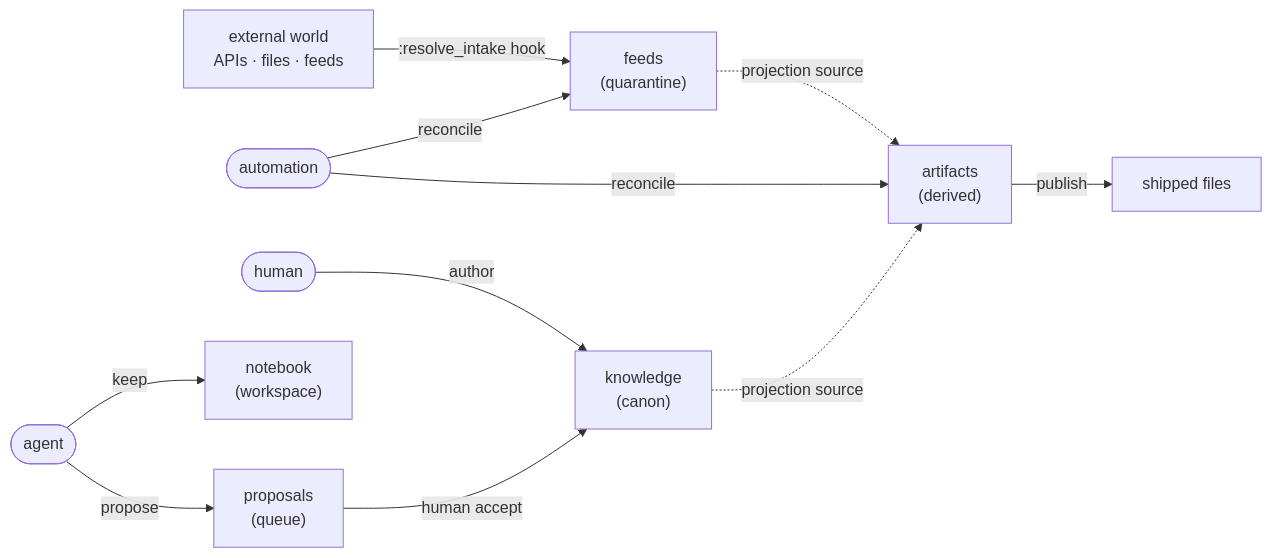
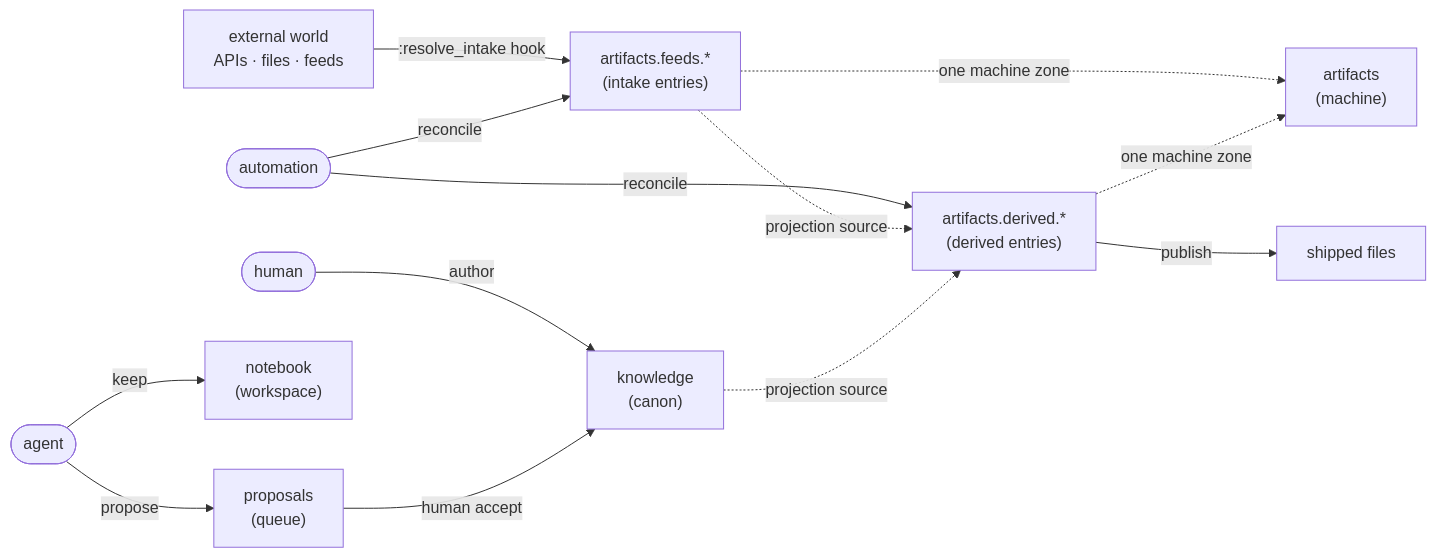
One commit to patrick204nqh/textus changed the first of 2 diagrams in docs/explanation/concepts.md. Above: the diagram before and after it, drawn with Mermaid. The commit also changed other lines of this file and 125 other files, not shown here.

First line of the commit message:
ADR 0091 — one `machine` zone-kind; entry-kind is the single discriminator (#180)

````diff
--- a/docs/explanation/concepts.md
+++ b/docs/explanation/concepts.md
@@ -21,13 +21,14 @@
 ```mermaid
 flowchart LR
-    ext["external world<br/>APIs · files · feeds"] -->|:resolve_intake hook| feeds["feeds<br/>(quarantine)"]
-    automation(["automation"]) -->|reconcile| feeds
+    ext["external world<br/>APIs · files · feeds"] -->|:resolve_intake hook| artifacts_feeds["artifacts.feeds.*<br/>(intake entries)"]
+    automation(["automation"]) -->|reconcile| artifacts_feeds
     human(["human"]) -->|author| knowledge["knowledge<br/>(canon)"]
     agent(["agent"]) -->|keep| notebook["notebook<br/>(workspace)"]
     agent -->|propose| proposals["proposals<br/>(queue)"]
     proposals -->|human accept| knowledge
-    automation -->|reconcile| artifacts["artifacts<br/>(derived)"]
-    feeds -.->|projection source| artifacts
-    knowledge -.->|projection source| artifacts
-    artifacts -->|publish| files["shipped files"]
+    automation -->|reconcile| artifacts_derived["artifacts.derived.*<br/>(derived entries)"]
+    artifacts_feeds -.->|projection source| artifacts_derived
+    knowledge -.->|projection source| artifacts_derived
+    artifacts_feeds & artifacts_derived -.->|one machine zone| artifacts["artifacts<br/>(machine)"]
+    artifacts_derived -->|publish| files["shipped files"]
 ```
````
